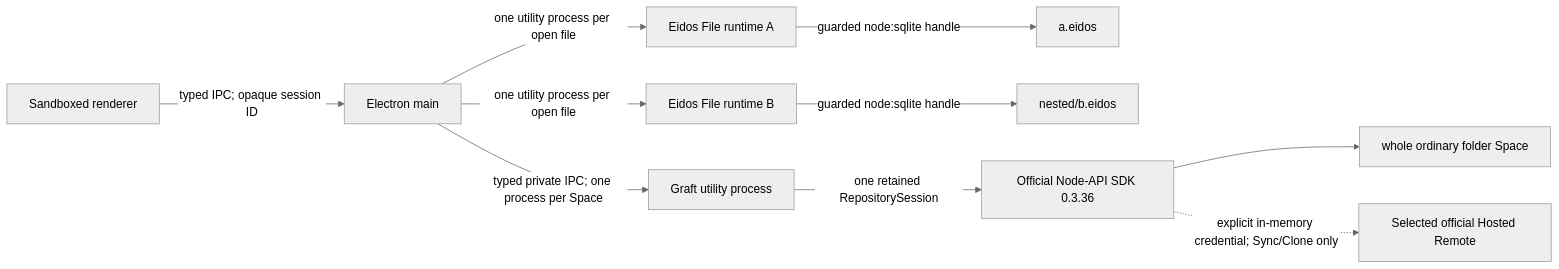
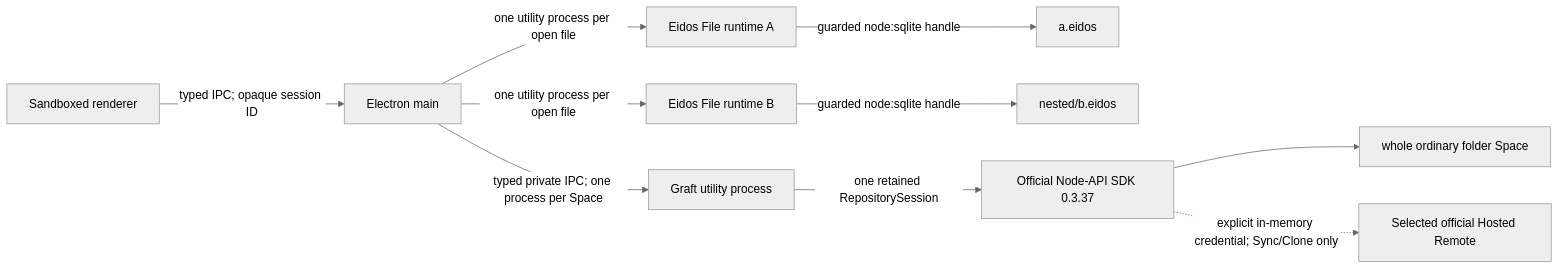
The first of 3 diagrams in apps/eidos-lite-desktop/docs/ARCHITECTURE.md (mayneyao/eidos), drawn with Mermaid (neutral theme) before and after one commit. The commit also changed other lines of this file and 94 other files, not shown here.

````diff
--- a/apps/eidos-lite-desktop/docs/ARCHITECTURE.md
+++ b/apps/eidos-lite-desktop/docs/ARCHITECTURE.md
@@ -94,12 +94,12 @@
 ```mermaid
 flowchart LR
   R["Sandboxed renderer"] -->|"typed IPC; opaque session ID"| M["Electron main"]
   M -->|"one utility process per open file"| F1["Eidos File runtime A"]
   M -->|"one utility process per open file"| F2["Eidos File runtime B"]
   F1 -->|"guarded node:sqlite handle"| E1["a.eidos"]
   F2 -->|"guarded node:sqlite handle"| E2["nested/b.eidos"]
   M -->|"typed private IPC; one process per Space"| G["Graft utility process"]
-  G -->|"one retained RepositorySession"| N["Official Node-API SDK 0.3.36"]
+  G -->|"one retained RepositorySession"| N["Official Node-API SDK 0.3.37"]
   N --> S["whole ordinary folder Space"]
   N -. "explicit in-memory credential; Sync/Clone only" .-> H["Selected official Hosted Remote"]
 ```
````
